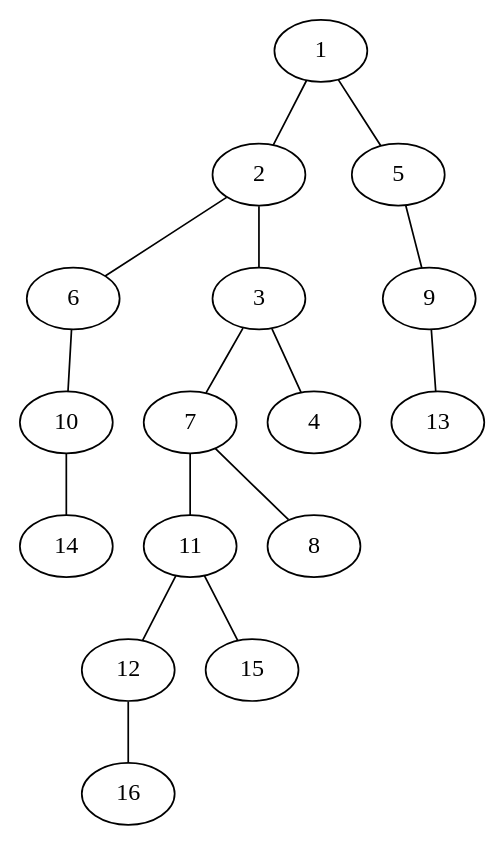
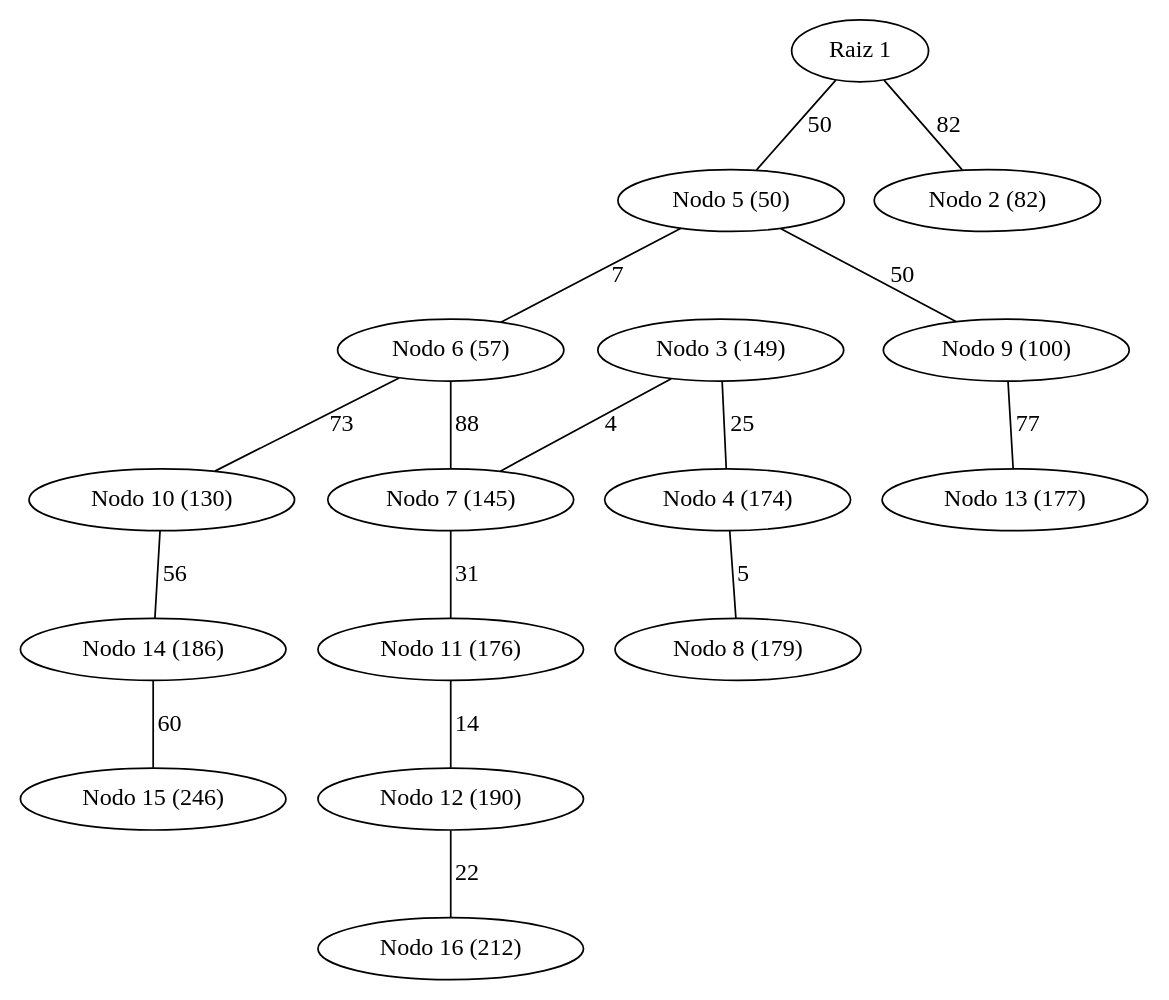
The diagram in proyecto_1/archivos_graphviz/arbol_Dijkstra_malla_16_nodos.dot (ElvisTech007/proyectos_DAA), drawn with Graphviz before and after one commit. The commit also changed 23 other files, not shown here.

```diff
--- a/proyecto_1/archivos_graphviz/arbol_Dijkstra_malla_16_nodos.dot
+++ b/proyecto_1/archivos_graphviz/arbol_Dijkstra_malla_16_nodos.dot
@@ -1,33 +1,33 @@
 graph arbol_dijkstra_G_1 {
-    1;
-    2;
-    6;
-    3;
-    7;
-    4;
-    5;
-    10;
-    11;
-    8;
-    12;
-    9;
-    14;
-    16;
-    13;
-    15;
-    1 -- 2;
-    2 -- 3;
-    3 -- 4;
-    1 -- 5;
-    2 -- 6;
-    3 -- 7;
-    7 -- 8;
-    5 -- 9;
-    6 -- 10;
-    7 -- 11;
-    11 -- 12;
-    9 -- 13;
-    10 -- 14;
-    11 -- 15;
-    12 -- 16;
+    "1" [label="Raiz 1"];
+    "5" [label="Nodo 5 (50)"];
+    "6" [label="Nodo 6 (57)"];
+    "2" [label="Nodo 2 (82)"];
+    "9" [label="Nodo 9 (100)"];
+    "10" [label="Nodo 10 (130)"];
+    "7" [label="Nodo 7 (145)"];
+    "3" [label="Nodo 3 (149)"];
+    "4" [label="Nodo 4 (174)"];
+    "11" [label="Nodo 11 (176)"];
+    "13" [label="Nodo 13 (177)"];
+    "8" [label="Nodo 8 (179)"];
+    "14" [label="Nodo 14 (186)"];
+    "12" [label="Nodo 12 (190)"];
+    "16" [label="Nodo 16 (212)"];
+    "15" [label="Nodo 15 (246)"];
+    1 -- 2 [label="82"];
+    3 -- 7 [label="4"];
+    3 -- 4 [label="25"];
+    1 -- 5 [label="50"];
+    5 -- 6 [label="7"];
+    6 -- 7 [label="88"];
+    4 -- 8 [label="5"];
+    5 -- 9 [label="50"];
+    6 -- 10 [label="73"];
+    7 -- 11 [label="31"];
+    11 -- 12 [label="14"];
+    9 -- 13 [label="77"];
+    10 -- 14 [label="56"];
+    14 -- 15 [label="60"];
+    12 -- 16 [label="22"];
 }
```
